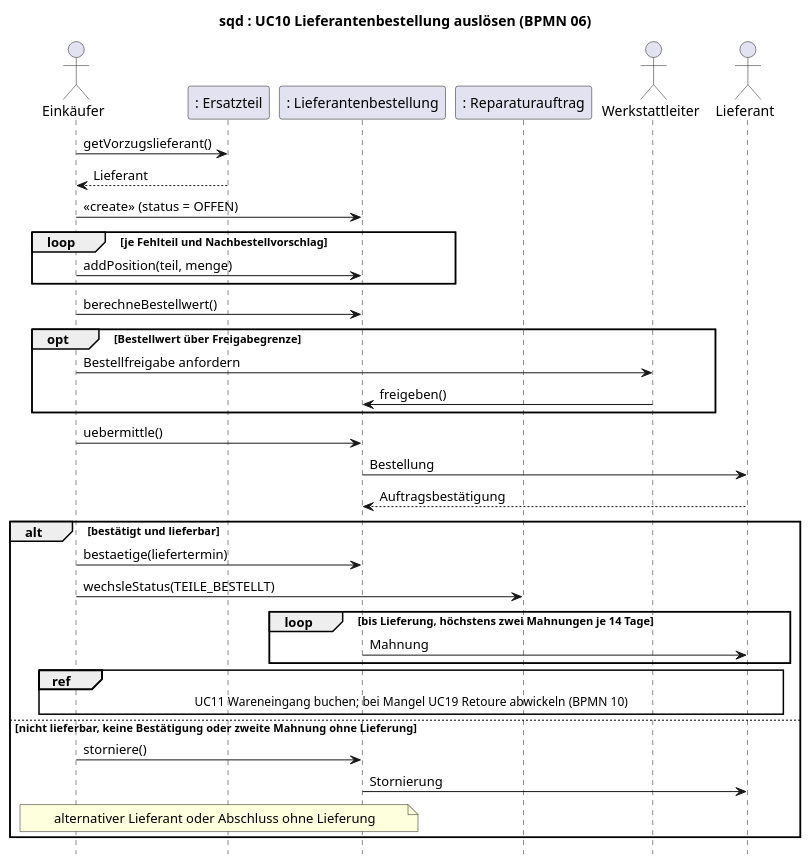
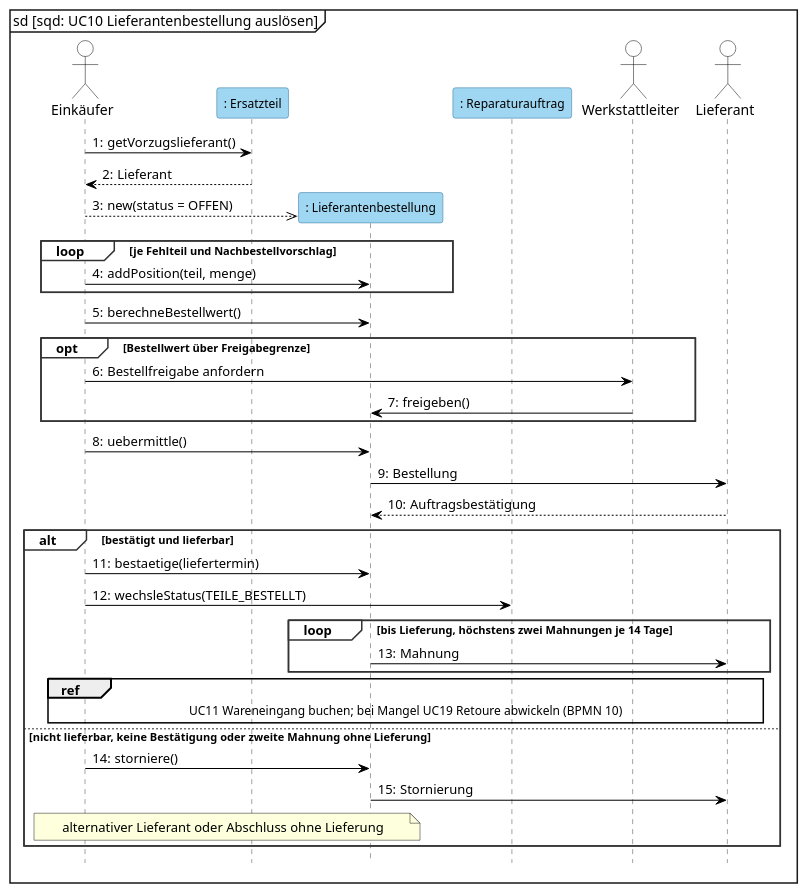
Before and after one commit to jakobschwan123-cmd/casestudy-semester-3: the diagram in 2_uml/entwurf-plantuml/sequenz-06-nachbestellvorschlag.puml, drawn with PlantUML. The commit also changed 13 other files, not shown here.

First line of the commit message:
[T05 2026-10-15] style: sequence diagram templates in Visual Paradigm notation (E-28)

```diff
--- a/2_uml/entwurf-plantuml/sequenz-06-nachbestellvorschlag.puml
+++ b/2_uml/entwurf-plantuml/sequenz-06-nachbestellvorschlag.puml
@@ -1,42 +1,59 @@
 @startuml
 ' BPMN: p06-ersatzteilbestellung.bpmn. Kernablauf: bündeln, freigeben, bestellen, bestätigen oder stornieren, höchstens zwei Mahnungen (E-22, E-27).
-title sqd : UC10 Lieferantenbestellung auslösen (BPMN 06)
+' Darstellung wie in Visual Paradigm: Objekterzeugung als gestrichelter Pfeil auf den Kopfkasten (Kasten sitzt auf Nachrichtenhöhe, VL 6 Folie 5-70), kein <<create>>-Text.
+mainframe sd [sqd: UC10 Lieferantenbestellung auslösen]
 skinparam defaultFontName Arial
 skinparam sequenceMessageAlign left
 skinparam maxMessageSize 170
+skinparam shadowing false
+skinparam sequence {
+  ParticipantBackgroundColor #9FD6F2
+  ParticipantBorderColor #2E6E99
+  ParticipantFontSize 12
+  ActorBackgroundColor white
+  ActorBorderColor black
+  LifeLineBorderColor #444444
+  LifeLineBackgroundColor #9FD6F2
+  GroupBorderColor #333333
+  GroupBackgroundColor white
+  GroupHeaderFontStyle bold
+  ArrowColor black
+}
 hide footbox
+autonumber "0:"
 
 actor "Einkäufer" as E
 participant ": Ersatzteil" as ET
 participant ": Lieferantenbestellung" as BEST
 participant ": Reparaturauftrag" as RA
 actor Werkstattleiter as WL
 actor Lieferant
 
 E -> ET : getVorzugslieferant()
 ET --> E : Lieferant
-E -> BEST : <<create>> (status = OFFEN)
+create BEST
+E -->> BEST : new(status = OFFEN)
 loop je Fehlteil und Nachbestellvorschlag
     E -> BEST : addPosition(teil, menge)
 end
 E -> BEST : berechneBestellwert()
 opt Bestellwert über Freigabegrenze
     E -> WL : Bestellfreigabe anfordern
     WL -> BEST : freigeben()
 end
 E -> BEST : uebermittle()
 BEST -> Lieferant : Bestellung
 Lieferant --> BEST : Auftragsbestätigung
 alt bestätigt und lieferbar
     E -> BEST : bestaetige(liefertermin)
     E -> RA : wechsleStatus(TEILE_BESTELLT)
     loop bis Lieferung, höchstens zwei Mahnungen je 14 Tage
         BEST -> Lieferant : Mahnung
     end
     ref over E, BEST, Lieferant : UC11 Wareneingang buchen; bei Mangel UC19 Retoure abwickeln (BPMN 10)
 else nicht lieferbar, keine Bestätigung oder zweite Mahnung ohne Lieferung
     E -> BEST : storniere()
     BEST -> Lieferant : Stornierung
     note over E, BEST : alternativer Lieferant oder Abschluss ohne Lieferung
 end
 @enduml
```
